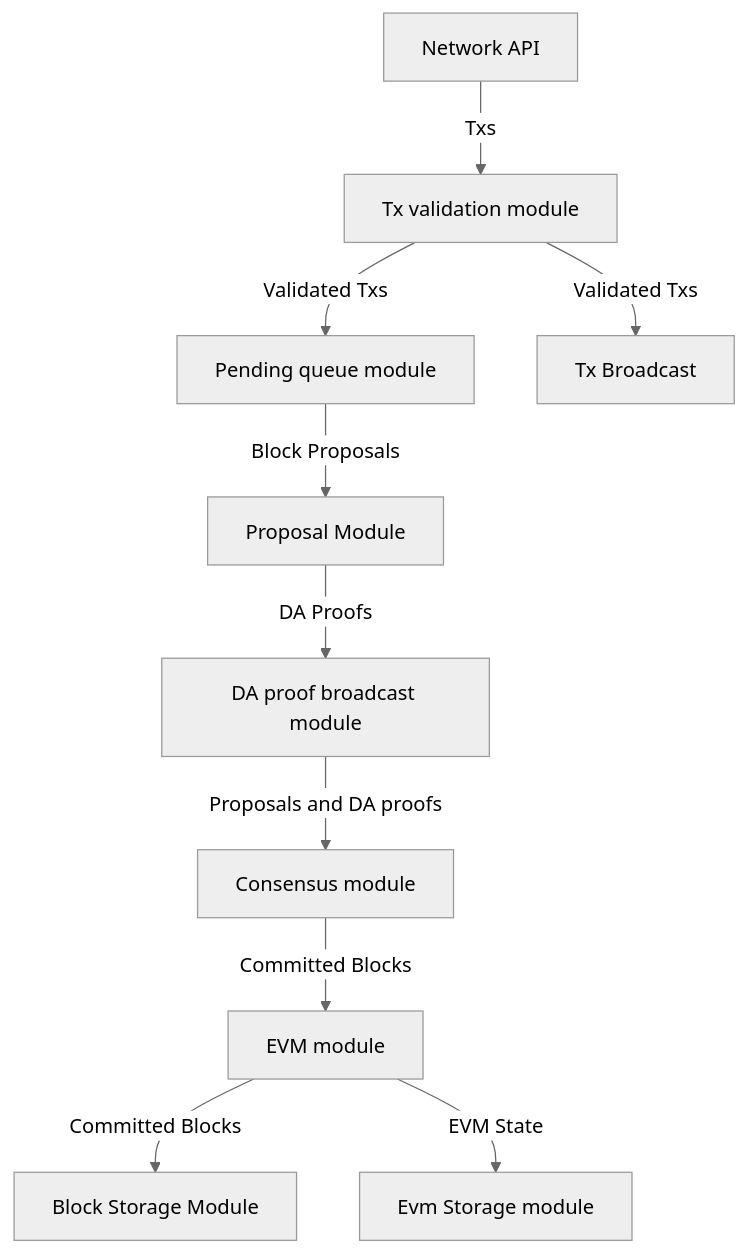
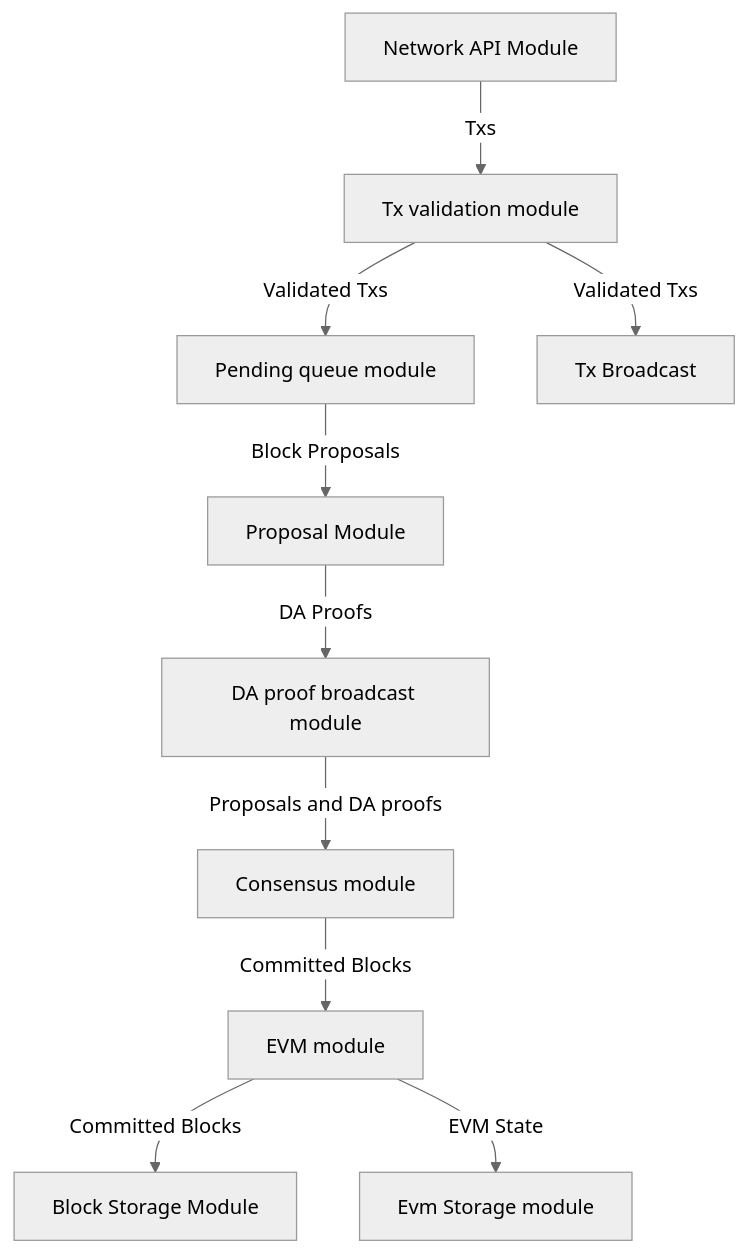
The second of 2 diagrams in components/technology/modules/ROOT/pages/consensus-spec.adoc (twizzworld/docs.skale.network), drawn with Mermaid (neutral theme) before and after one commit. The commit also changed other lines of this file, not shown here.

````diff
--- a/components/technology/modules/ROOT/pages/consensus-spec.adoc
+++ b/components/technology/modules/ROOT/pages/consensus-spec.adoc
@@ -45,7 +45,7 @@
 ```mermaid
 flowchart TD
-    b1[Network API] -->|Txs| b2[Tx validation module] -->|Validated Txs| b3[Pending queue module] -->|Block Proposals| b5[Proposal Module] --> |DA Proofs| b6[DA proof broadcast module] --> |Proposals and DA proofs| b7[Consensus module] -->|Committed Blocks| b8[EVM module]
+    b1[Network API Module] -->|Txs| b2[Tx validation module] -->|Validated Txs| b3[Pending queue module] -->|Block Proposals| b5[Proposal Module] --> |DA Proofs| b6[DA proof broadcast module] --> |Proposals and DA proofs| b7[Consensus module] -->|Committed Blocks| b8[EVM module]
     b2 -->|Validated Txs| b11[Tx Broadcast]
     b8 -->|Committed Blocks| b9[Block Storage Module]
     b8 -->|EVM State| b10[Evm Storage module]    
 ```
````
